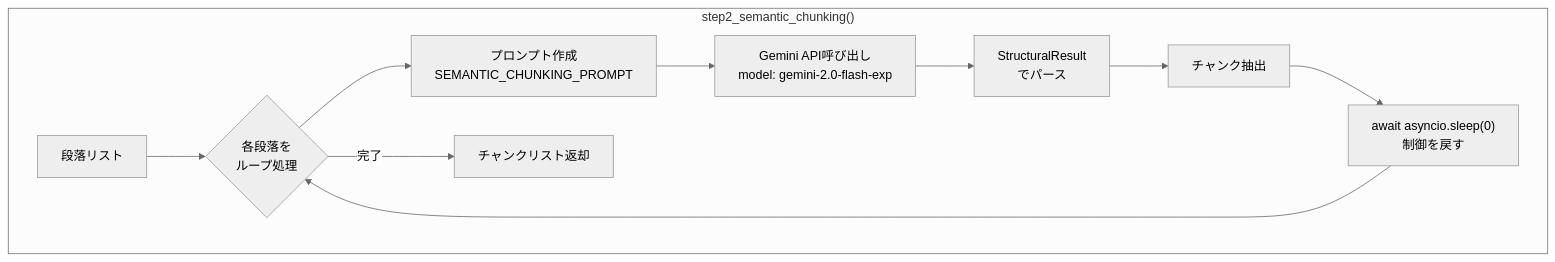
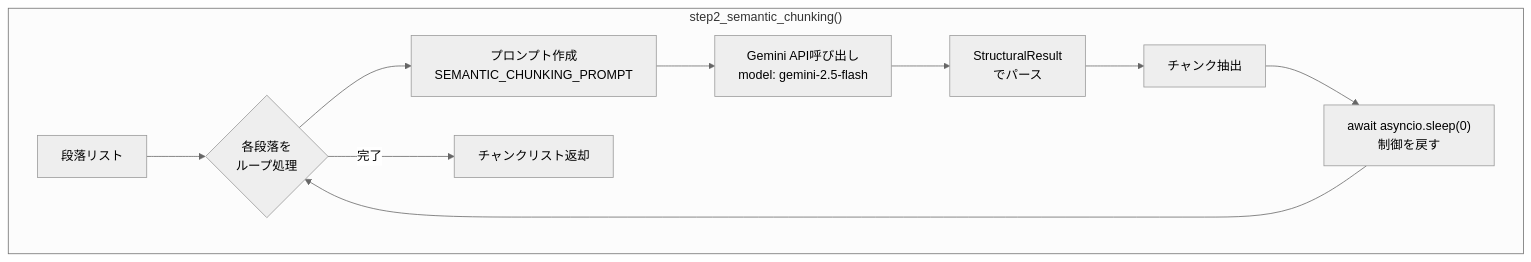
The fourth of 8 diagrams in chunking/doc/check_async.md (nakashima2toshio/gemini_grace_agent), drawn with Mermaid (neutral theme) before and after one commit. The commit also changed other lines of this file and 10 other files, not shown here.

````diff
--- a/chunking/doc/check_async.md
+++ b/chunking/doc/check_async.md
@@ -468,13 +594,13 @@
 ```mermaid
 flowchart TD
     subgraph Step2["step2_semantic_chunking()"]
         A["段落リスト"] --> B{"各段落を<br/>ループ処理"}
         B --> C["プロンプト作成<br/>SEMANTIC_CHUNKING_PROMPT"]
-        C --> D["Gemini API呼び出し<br/>model: gemini-2.0-flash-exp"]
+        C --> D["Gemini API呼び出し<br/>model: gemini-2.5-flash"]
         D --> E["StructuralResult<br/>でパース"]
         E --> F["チャンク抽出"]
         F --> G["await asyncio.sleep(0)<br/>制御を戻す"]
         G --> B
         B -->|完了| H["チャンクリスト返却"]
     end
 ```
````
